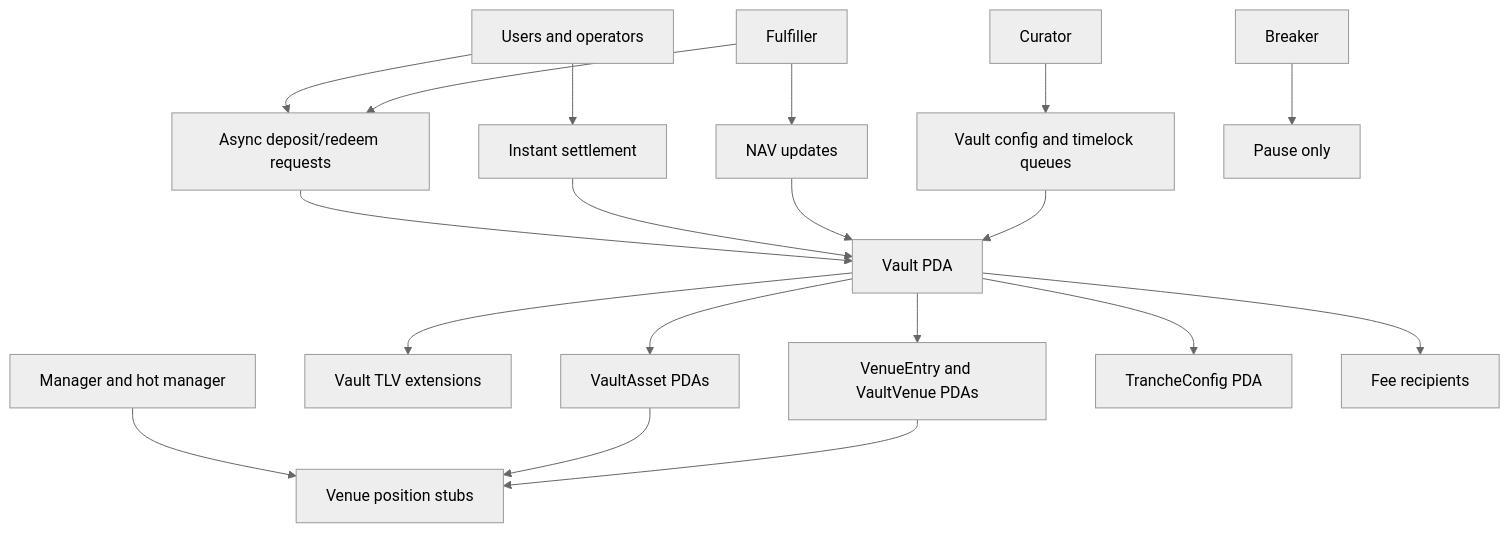
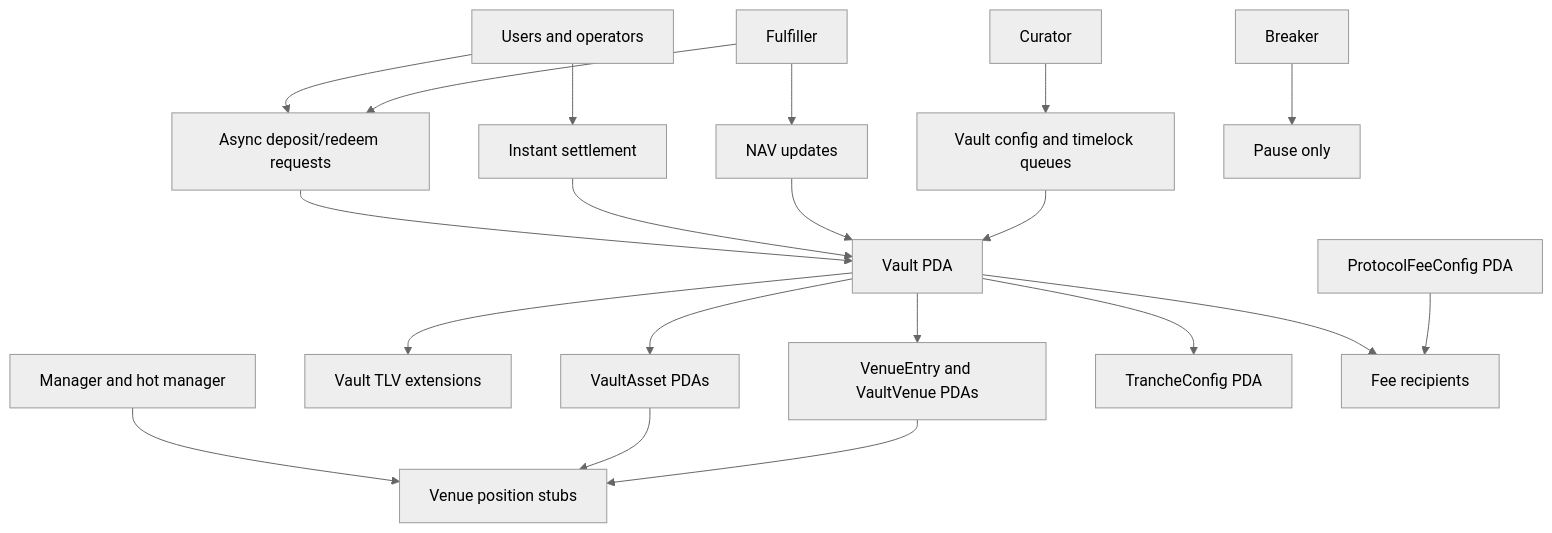
One commit to yashhsm/solana-vault-v2 changed the diagram in README.md. Above: the diagram before and after it, drawn with Mermaid (neutral theme). The commit also changed other lines of this file and 37 other files, not shown here.

````diff
--- a/README.md
+++ b/README.md
@@ -45,25 +45,26 @@
 ```mermaid
 flowchart TD
     User[Users and operators] --> Requests[Async deposit/redeem requests]
     User --> Instant[Instant settlement]
 
     Curator[Curator] --> Config[Vault config and timelock queues]
     Fulfiller[Fulfiller] --> Requests
     Fulfiller --> NAV[NAV updates]
     Breaker[Breaker] --> Pause[Pause only]
     Manager[Manager and hot manager] --> Positions[Venue position stubs]
 
     Requests --> Vault[Vault PDA]
     Instant --> Vault
     NAV --> Vault
     Config --> Vault
 
     Vault --> TLV[Vault TLV extensions]
     Vault --> Assets[VaultAsset PDAs]
     Vault --> Venues[VenueEntry and VaultVenue PDAs]
     Vault --> Tranches[TrancheConfig PDA]
     Vault --> Fees[Fee recipients]
+    ProtocolConfig[ProtocolFeeConfig PDA] --> Fees
 
     Assets --> Positions
     Venues --> Positions
 ```
````
